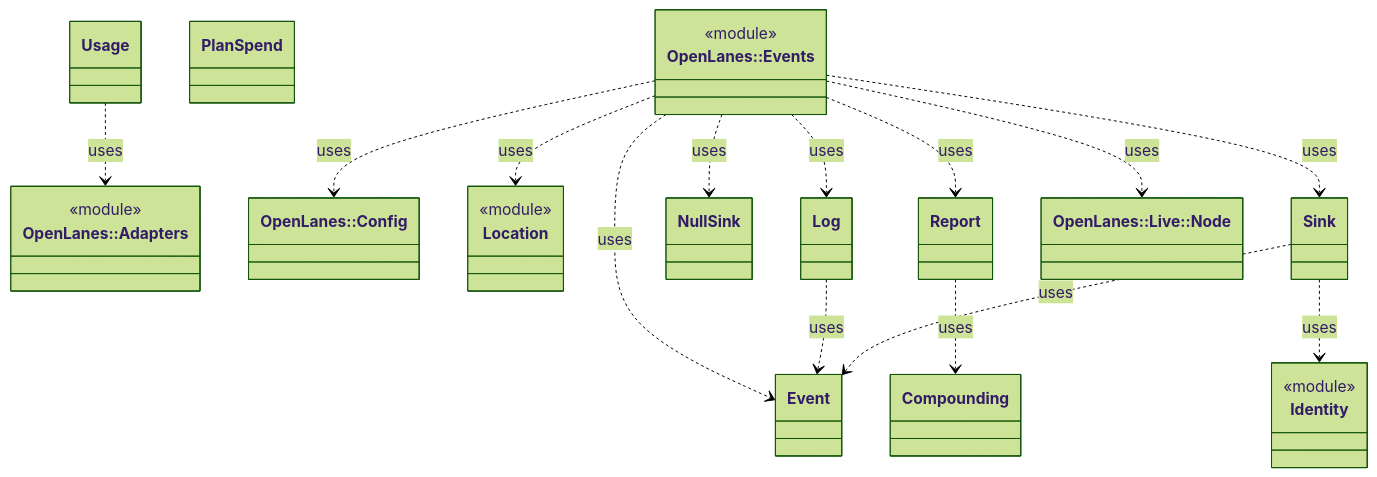
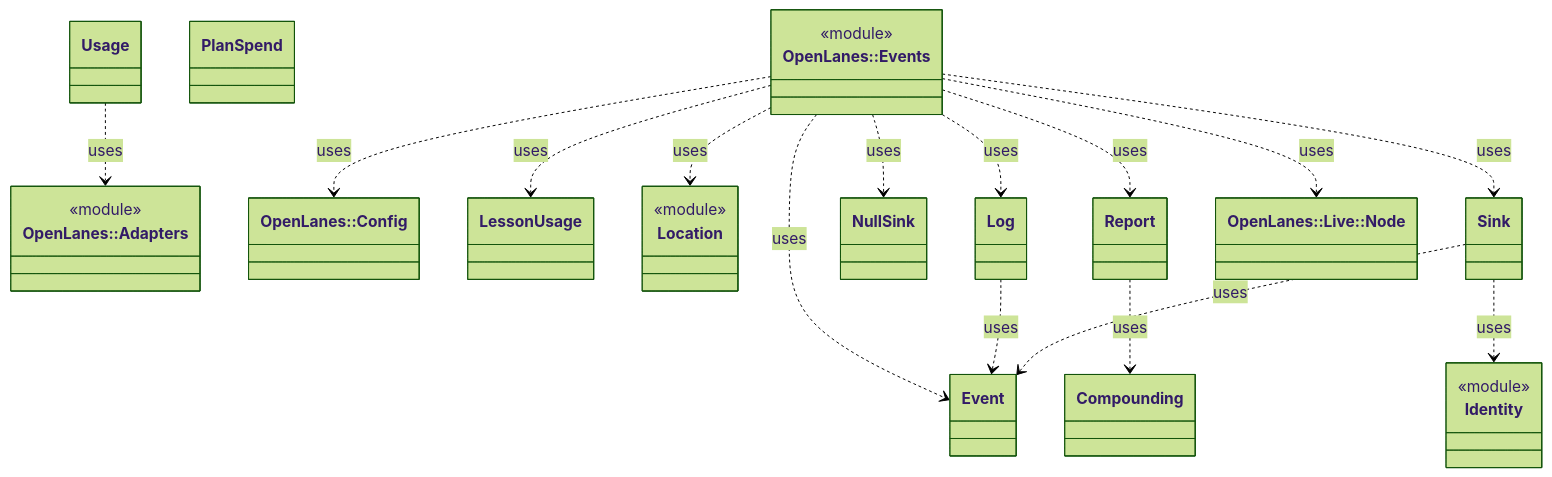
One commit to kigster/openlanes changed the diagram in docs/architecture/openlanes-events.md. Above: the diagram before and after it, drawn with Mermaid (forest theme). The commit also changed 35 other files, not shown here.

````diff
--- a/docs/architecture/openlanes-events.md
+++ b/docs/architecture/openlanes-events.md
@@ -5,34 +5,36 @@
 ```mermaid
 classDiagram
   class OpenLanes__Adapters["OpenLanes::Adapters"]
   <<module>> OpenLanes__Adapters
   class OpenLanes__Config["OpenLanes::Config"]
   class OpenLanes__Events["OpenLanes::Events"]
   <<module>> OpenLanes__Events
   class OpenLanes__Events__Compounding["Compounding"]
   class OpenLanes__Events__Event["Event"]
   class OpenLanes__Events__Identity["Identity"]
   <<module>> OpenLanes__Events__Identity
+  class OpenLanes__Events__LessonUsage["LessonUsage"]
   class OpenLanes__Events__Location["Location"]
   <<module>> OpenLanes__Events__Location
   class OpenLanes__Events__Log["Log"]
   class OpenLanes__Events__NullSink["NullSink"]
   class OpenLanes__Events__PlanSpend["PlanSpend"]
   class OpenLanes__Events__Report["Report"]
   class OpenLanes__Events__Sink["Sink"]
   class OpenLanes__Events__Usage["Usage"]
   class OpenLanes__Live__Node["OpenLanes::Live::Node"]
   OpenLanes__Events ..> OpenLanes__Config : uses
   OpenLanes__Events ..> OpenLanes__Events__Event : uses
+  OpenLanes__Events ..> OpenLanes__Events__LessonUsage : uses
   OpenLanes__Events ..> OpenLanes__Events__Location : uses
   OpenLanes__Events ..> OpenLanes__Events__Log : uses
   OpenLanes__Events ..> OpenLanes__Events__NullSink : uses
   OpenLanes__Events ..> OpenLanes__Events__Report : uses
   OpenLanes__Events ..> OpenLanes__Events__Sink : uses
   OpenLanes__Events ..> OpenLanes__Live__Node : uses
   OpenLanes__Events__Log ..> OpenLanes__Events__Event : uses
   OpenLanes__Events__Report ..> OpenLanes__Events__Compounding : uses
   OpenLanes__Events__Sink ..> OpenLanes__Events__Event : uses
   OpenLanes__Events__Sink ..> OpenLanes__Events__Identity : uses
   OpenLanes__Events__Usage ..> OpenLanes__Adapters : uses
 ```
````
